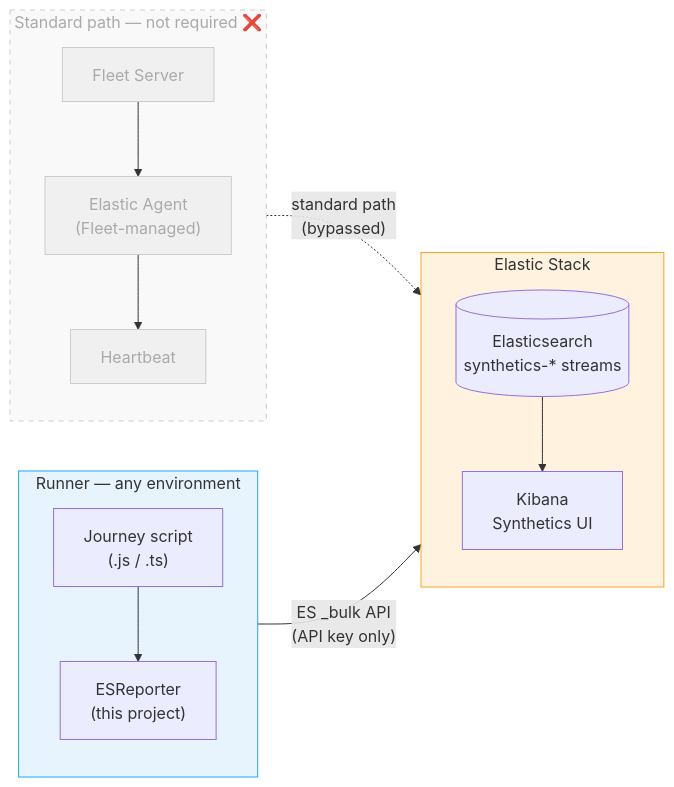
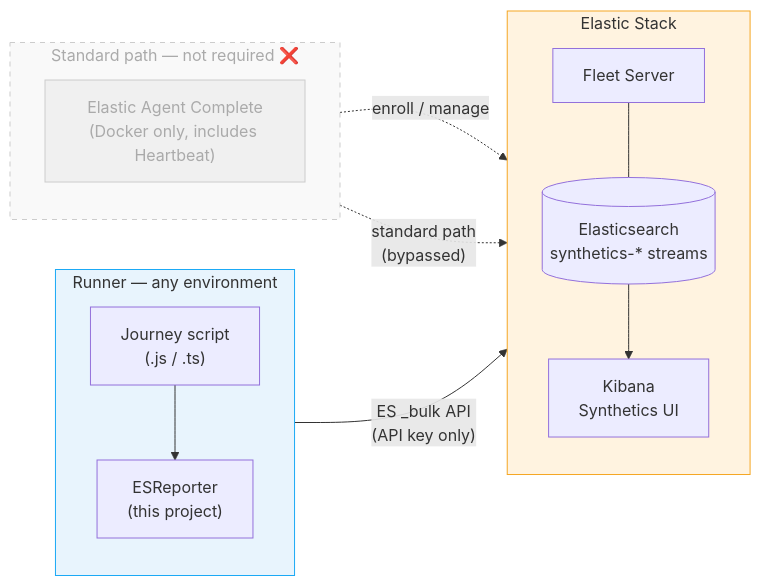
The diagram in Readme.md (fred-maussion/experiment_elastic-synthetics-es-pusher), drawn with Mermaid before and after one commit.

Commit message:
docs: fix architecture diagram — Fleet Server in Elastic Stack, no separate Heartbeat
Fleet Server belongs inside the Elastic Stack subgraph. The standard path
only requires Elastic Agent Complete (Docker, which bundles Heartbeat
internally) — Heartbeat is not a standalone component.

````diff
--- a/Readme.md
+++ b/Readme.md
@@ -40,34 +40,32 @@
 ```mermaid
 flowchart LR
     subgraph anywhere["Runner — any environment"]
         direction TB
         J["Journey script\n(.js / .ts)"]
         R["ESReporter\n(this project)"]
         J --> R
     end
 
     subgraph standard["Standard path — not required ❌"]
         direction TB
-        FL["Fleet Server"]
-        AG["Elastic Agent\n(Fleet-managed)"]
-        HB["Heartbeat"]
-        FL --> AG --> HB
+        AG["Elastic Agent Complete\n(Docker only, includes Heartbeat)"]
     end
 
     subgraph elastic["Elastic Stack"]
         direction TB
+        FL["Fleet Server"]
         ES[("Elasticsearch\nsynthetics-* streams")]
         KI["Kibana\nSynthetics UI"]
+        FL --- ES
         ES --> KI
     end
 
     R -- "ES _bulk API\n(API key only)" --> ES
-    HB -. "standard path\n(bypassed)" .-> ES
+    AG -. "enroll / manage" .-> FL
+    AG -. "standard path\n(bypassed)" .-> ES
 
     style standard fill:#f9f9f9,stroke:#ccc,color:#aaa,stroke-dasharray:5 5
-    style FL fill:#f0f0f0,stroke:#ccc,color:#aaa
     style AG fill:#f0f0f0,stroke:#ccc,color:#aaa
-    style HB fill:#f0f0f0,stroke:#ccc,color:#aaa
     style anywhere fill:#e8f4fd,stroke:#1ba9f5
     style elastic fill:#fff3e0,stroke:#f5a623
 ```
````
